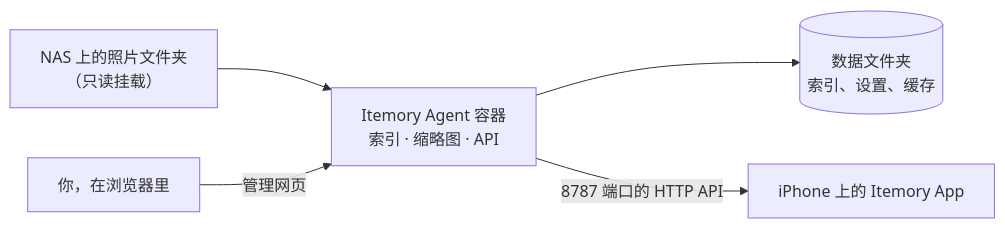
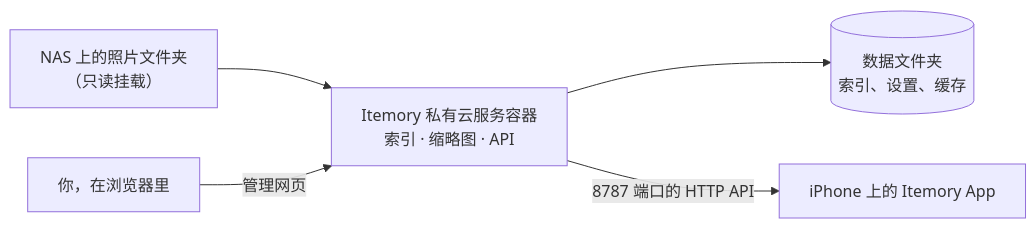
Before and after one commit to SherlockGougou/itemory-agent: the diagram in README.zh-CN.md, drawn with Mermaid. The commit also changed other lines of this file and 19 other files, not shown here.

````diff
--- a/README.zh-CN.md
+++ b/README.zh-CN.md
@@ -60,7 +60,7 @@
 ```mermaid
 flowchart LR
-  Photos["NAS 上的照片文件夹<br/>（只读挂载）"] --> Agent["Itemory Agent 容器<br/>索引 · 缩略图 · API"]
+  Photos["NAS 上的照片文件夹<br/>（只读挂载）"] --> Agent["Itemory 私有云服务容器<br/>索引 · 缩略图 · API"]
   Agent --> Data[("数据文件夹<br/>索引、设置、缓存")]
   Agent -- "8787 端口的 HTTP API" --> App["iPhone 上的 Itemory App"]
   Admin["你，在浏览器里"] -- "管理网页" --> Agent
 ```
````
